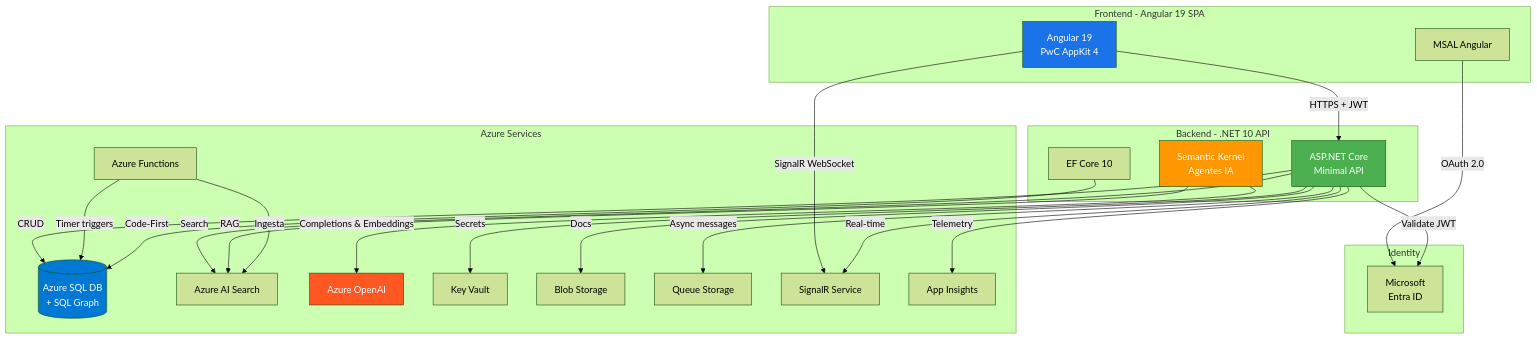
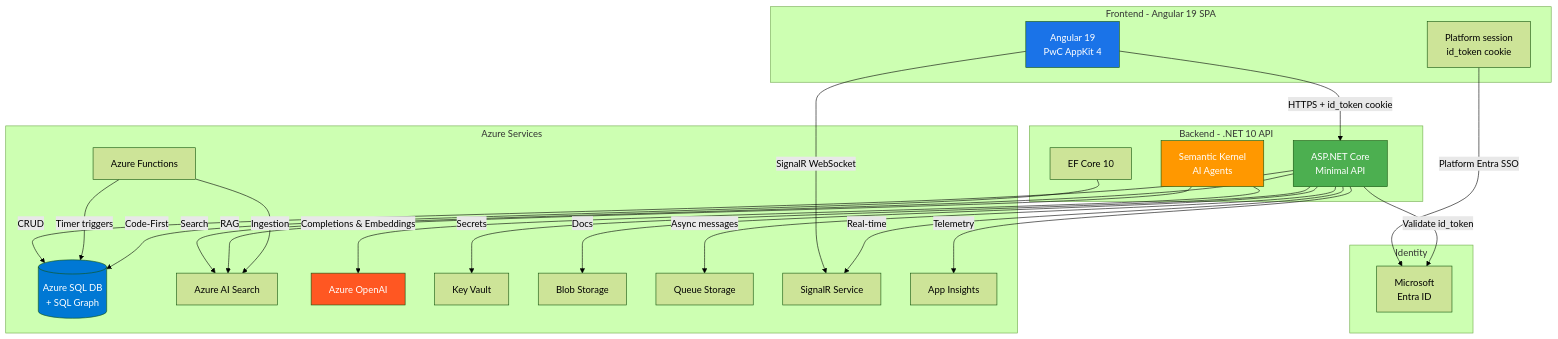
One commit to pablonux/legal-ai-ar changed the first of 13 diagrams in docs/roadmap/F00 - Development Environment and Structure/F00 - W01 - Comprehensive Documentation.md. Above: the diagram before and after it, drawn with Mermaid (forest theme). The commit also changed other lines of this file and 8 other files, not shown here.

````diff
--- a/docs/roadmap/F00 - Development Environment and Structure/F00 - W01 - Comprehensive Documentation.md
+++ b/docs/roadmap/F00 - Development Environment and Structure/F00 - W01 - Comprehensive Documentation.md
@@ -208,52 +208,52 @@
 ```mermaid
 graph TB
     subgraph "Frontend - Angular 19 SPA"
         SPA[Angular 19<br/>PwC AppKit 4]
-        MSAL[MSAL Angular]
+        SESS[Platform session<br/>id_token cookie]
     end
 
     subgraph "Backend - .NET 10 API"
         API[ASP.NET Core<br/>Minimal API]
-        SK[Semantic Kernel<br/>Agentes IA]
+        SK[Semantic Kernel<br/>AI Agents]
         EF[EF Core 10]
     end
 
     subgraph "Azure Services"
         SQL[(Azure SQL DB<br/>+ SQL Graph)]
         AIS[Azure AI Search]
         AOAI[Azure OpenAI]
         KV[Key Vault]
         BLOB[Blob Storage]
         QUEUE[Queue Storage]
         FUNC[Azure Functions]
         SR[SignalR Service]
         AI[App Insights]
     end
 
     subgraph "Identity"
         EID[Microsoft<br/>Entra ID]
     end
 
-    SPA -->|HTTPS + JWT| API
+    SPA -->|HTTPS + id_token cookie| API
     SPA -->|SignalR WebSocket| SR
-    MSAL -->|OAuth 2.0| EID
-    API -->|Validate JWT| EID
+    SESS -->|Platform Entra SSO| EID
+    API -->|Validate id_token| EID
     API -->|CRUD| SQL
     API -->|Search| AIS
     SK -->|Completions & Embeddings| AOAI
     SK -->|RAG| AIS
     API -->|Secrets| KV
     API -->|Docs| BLOB
     API -->|Async messages| QUEUE
     API -->|Real-time| SR
     API -->|Telemetry| AI
     FUNC -->|Timer triggers| SQL
-    FUNC -->|Ingesta| AIS
+    FUNC -->|Ingestion| AIS
     EF -->|Code-First| SQL
 
     style SPA fill:#1a73e8,color:#fff
     style API fill:#4caf50,color:#fff
     style SK fill:#ff9800,color:#fff
     style SQL fill:#0078d4,color:#fff
     style AOAI fill:#ff5722,color:#fff
 ```
````
